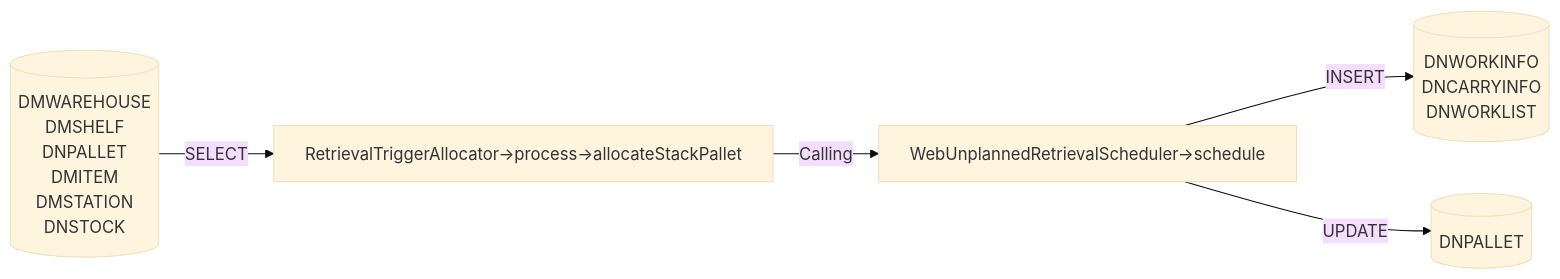
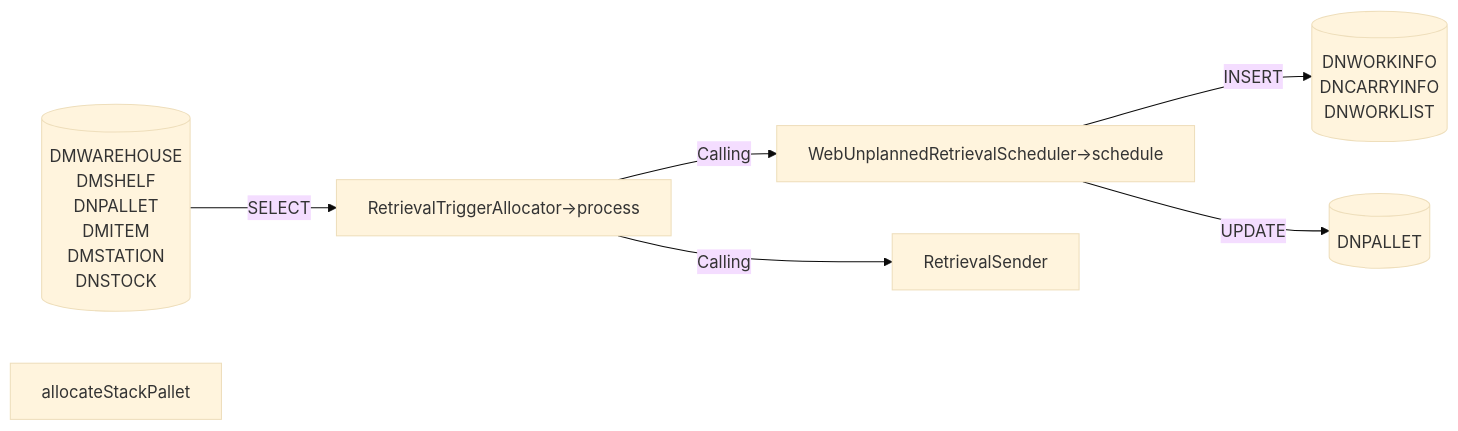
The ninth of 15 diagrams in Basic-Design/DFD-WMS/Retrieval/Stacked-Empty-Pallet.md (luthfiadityaa/SimeDarby-Wiki), drawn with Mermaid (base theme) before and after one commit.

Commit message:
Updated Stacked Empty Pallet

```diff
--- a/Basic-Design/DFD-WMS/Retrieval/Stacked-Empty-Pallet.md
+++ b/Basic-Design/DFD-WMS/Retrieval/Stacked-Empty-Pallet.md
@@ -235,31 +235,33 @@
 ::: mermaid
 flowchart LR    
 
     tableList-insert[("
         DNWORKINFO
         DNCARRYINFO
         DNWORKLIST
     ")]
 
    tableList-update[("
         DNPALLET
     ")]
 
      tableList-select[("
         DMWAREHOUSE
         DMSHELF
         DNPALLET
         DMITEM
         DMSTATION
         DNSTOCK
     ")]
 
-    className[RetrievalTriggerAllocator→process→allocateStackPallet]
+    className[RetrievalTriggerAllocator→process]
+    className3[allocateStackPallet]
     className2[WebUnplannedRetrievalScheduler→schedule]
     className--> |Calling| className2
+    className--> |Calling| P1[RetrievalSender]
     className2 --> |INSERT| tableList-insert
     className2 --> |UPDATE| tableList-update
     tableList-select --> |SELECT| className
     classDef leftAlign text-align:left;
     class input leftAlign;
 :::
```
